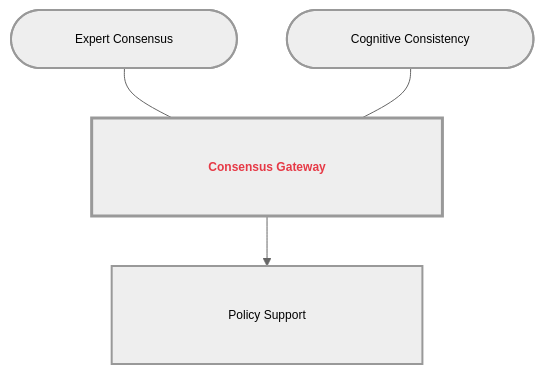
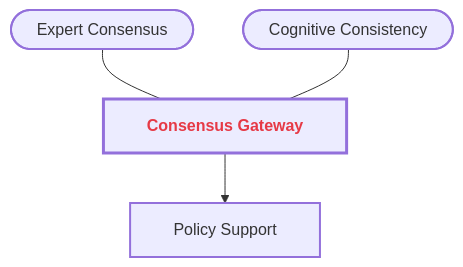
Before and after one commit to GM024/CourseSummaries: the seventh of 8 diagrams in Communication_Influence/Mastery_Guide_SOW_BS033.md, drawn with Mermaid. The commit also changed other lines of this file, not shown here.

Commit message:
GitHub Native Alignment: Synced font stack and typography for perfect clipping-free fit

````diff
--- a/Communication_Influence/Mastery_Guide_SOW_BS033.md
+++ b/Communication_Influence/Mastery_Guide_SOW_BS033.md
@@ -224,13 +228,13 @@
 ```mermaid
-%%{init: { 'flowchart': { 'padding': 40, 'useMaxWidth': false, 'htmlLabels': true }, 'theme': 'neutral', 'themeVariables': { 'fontSize': '12px' }}}%%
+%%{init: { 'flowchart': { 'padding': 20, 'nodeSpacing': 50, 'rankSpacing': 50, 'useMaxWidth': false }, 'theme': 'neutral', 'themeVariables': { 'fontSize': '14px', 'fontFamily': '-apple-system,BlinkMacSystemFont,"Segoe UI",Helvetica,Arial,sans-serif' }}}%%
 graph TD
     classDef sandbox stroke-width:2px;
     classDef hub stroke-width:3px,font-weight:bold;
 
-    Hub["&nbsp;&nbsp;&nbsp;&nbsp;&nbsp;&nbsp;&nbsp;&nbsp;&nbsp;&nbsp; <span style='color:#e63946'><b>Consensus Gateway</b></span> &nbsp;&nbsp;&nbsp;&nbsp;&nbsp;&nbsp;&nbsp;&nbsp;&nbsp;&nbsp;"]:::hub
+    Hub["&nbsp;&nbsp; <span style='color:#e63946'><b>Consensus Gateway</b></span> &nbsp;&nbsp;"]:::hub
     
-    S1(["&nbsp;&nbsp;&nbsp;&nbsp;&nbsp;&nbsp;&nbsp;&nbsp;&nbsp;&nbsp; Expert Consensus &nbsp;&nbsp;&nbsp;&nbsp;&nbsp;&nbsp;&nbsp;&nbsp;&nbsp;&nbsp;"]):::sandbox --- Hub
-    S2(["&nbsp;&nbsp;&nbsp;&nbsp;&nbsp;&nbsp;&nbsp;&nbsp;&nbsp;&nbsp; Cognitive Consistency &nbsp;&nbsp;&nbsp;&nbsp;&nbsp;&nbsp;&nbsp;&nbsp;&nbsp;&nbsp;"]):::sandbox --- Hub
+    S1(["&nbsp;&nbsp; Expert Consensus &nbsp;&nbsp;"]):::sandbox --- Hub
+    S2(["&nbsp;&nbsp; Cognitive Consistency &nbsp;&nbsp;"]):::sandbox --- Hub
     
-    Hub --> B1["&nbsp;&nbsp;&nbsp;&nbsp;&nbsp;&nbsp;&nbsp;&nbsp;&nbsp;&nbsp; Policy Support &nbsp;&nbsp;&nbsp;&nbsp;&nbsp;&nbsp;&nbsp;&nbsp;&nbsp;&nbsp;"]:::sandbox
+    Hub --> B1["&nbsp;&nbsp; Policy Support &nbsp;&nbsp;"]:::sandbox
 ```
````
